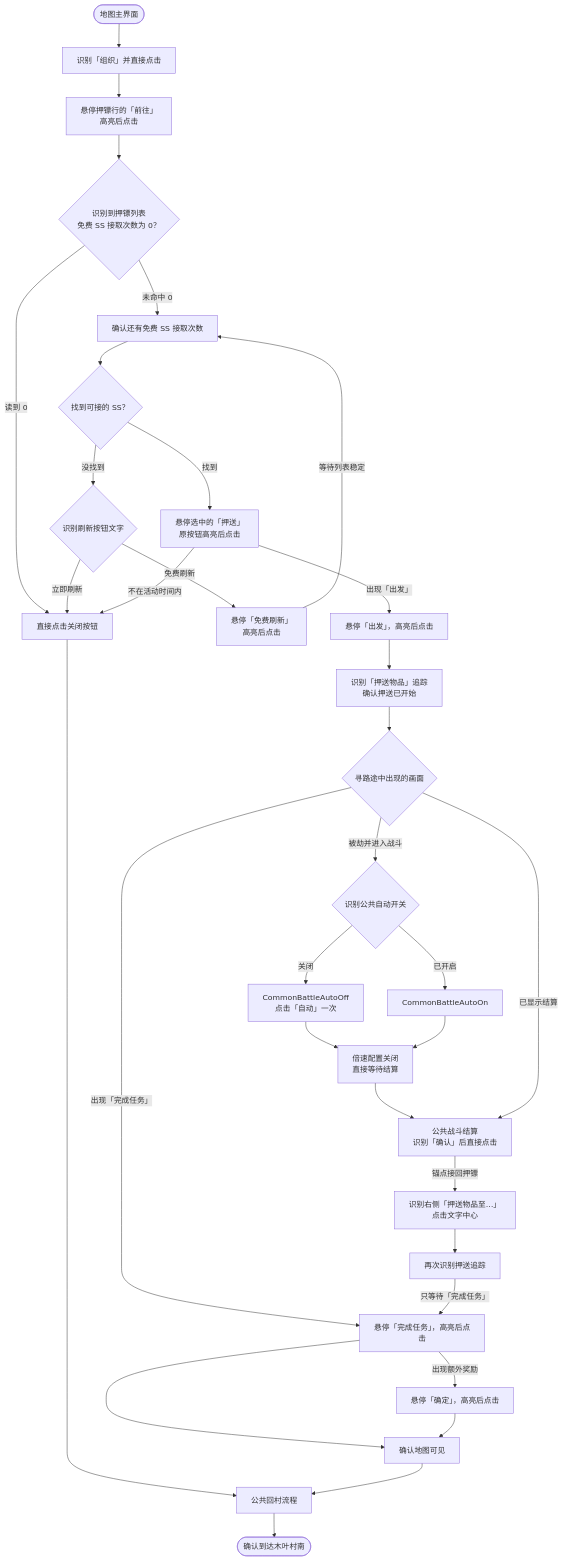
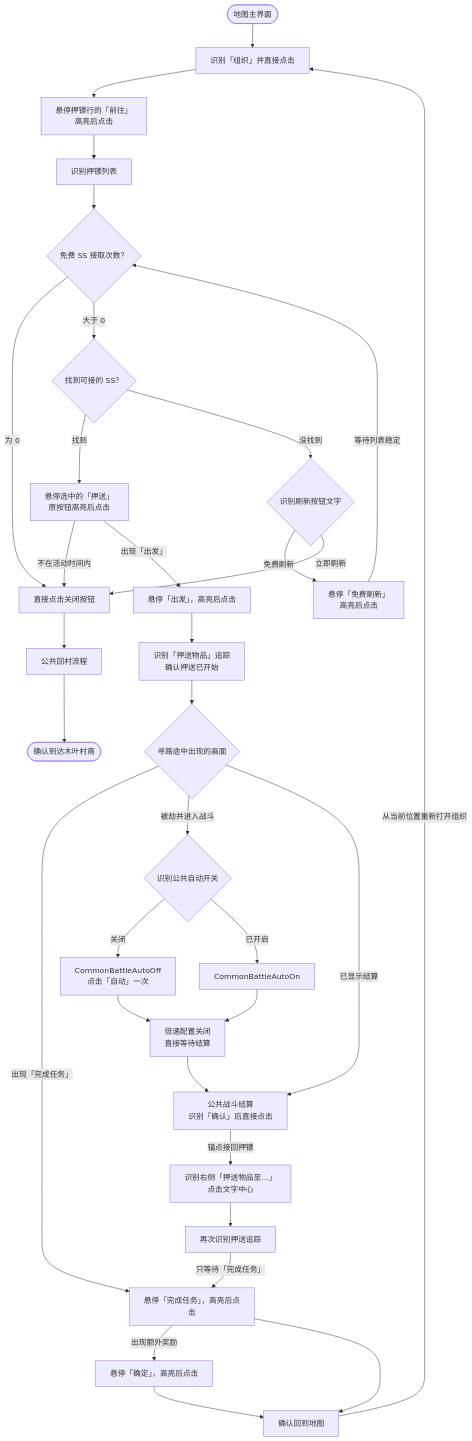
Before and after one commit to ArcherSore/MaaNOP: the diagram in docs/zh_cn/流程图/押镖.md, drawn with Mermaid. The commit also changed other lines of this file and 1 other file, not shown here.

Commit message:
feat(escort): 支持打完所有的SS

````diff
--- a/docs/zh_cn/流程图/押镖.md
+++ b/docs/zh_cn/流程图/押镖.md
@@ -5,40 +5,39 @@
 ```mermaid
 flowchart TD
     Start([地图主界面]) --> Org["识别「组织」并直接点击"]
     Org --> Go["悬停押镖行的「前往」<br/>高亮后点击"]
-    Go --> List{"识别到押镖列表<br/>免费 SS 接取次数为 0？"}
-
-    List -->|读到 0| Close["直接点击关闭按钮"]
-    List -->|未命中 0| Quota["确认还有免费 SS 接取次数"]
-    Quota --> Search{"找到可接的 SS？"}
+    Go --> List["识别押镖列表"]
+    List --> Quota{"免费 SS 接取次数？"}
+    Quota -->|为 0| Close["直接点击关闭按钮"]
+    Quota -->|大于 0| Search{"找到可接的 SS？"}
 
     Search -->|找到| Accept["悬停选中的「押送」<br/>原按钮高亮后点击"]
     Search -->|没找到| Refresh{"识别刷新按钮文字"}
     Refresh -->|免费刷新| Free["悬停「免费刷新」<br/>高亮后点击"]
     Free -->|等待列表稳定| Quota
     Refresh -->|立即刷新| Close
 
     Accept -->|不在活动时间内| Close
     Accept -->|出现「出发」| Depart["悬停「出发」，高亮后点击"]
     Depart --> Track["识别「押送物品」追踪<br/>确认押送已开始"]
     Track --> Travel{"寻路途中出现的画面"}
     Travel -->|出现「完成任务」| Finish["悬停「完成任务」，高亮后点击"]
     Travel -->|被劫并进入战斗| Auto{"识别公共自动开关"}
     Auto -->|关闭| AutoClick["CommonBattleAutoOff<br/>点击「自动」一次"]
     Auto -->|已开启| AutoOn["CommonBattleAutoOn"]
     AutoClick --> BattleWait["倍速配置关闭<br/>直接等待结算"]
     AutoOn --> BattleWait
     BattleWait --> Confirm["公共战斗结算<br/>识别「确认」后直接点击"]
     Travel -->|已显示结算| Confirm
     Confirm -->|锚点接回押镖| Resume["识别右侧「押送物品至…」<br/>点击文字中心"]
     Resume --> TrackAgain["再次识别押送追踪"]
     TrackAgain -->|只等待「完成任务」| Finish
 
     Finish -->|出现额外奖励| Reward["悬停「确定」，高亮后点击"]
-    Finish --> Map["确认地图可见"]
+    Finish --> Map["确认回到地图"]
     Reward --> Map
+    Map -->|从当前位置重新打开组织| Org
 
     Close --> Return["公共回村流程"]
-    Map --> Return
     Return --> End([确认到达木叶村南])
 ```
````
